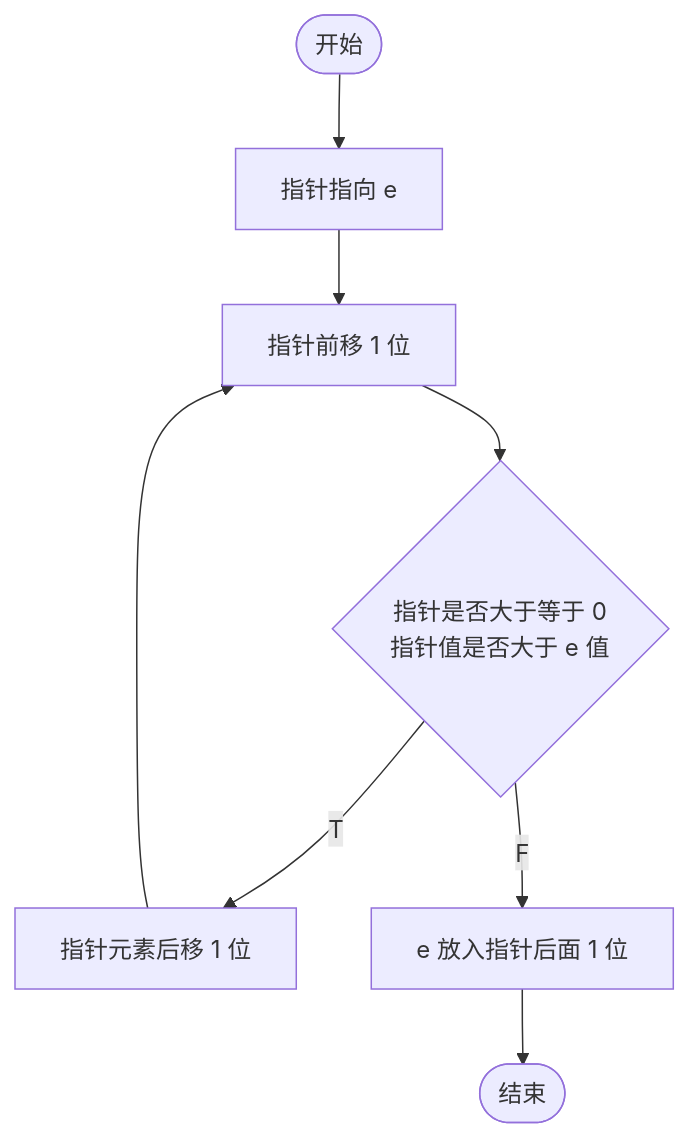
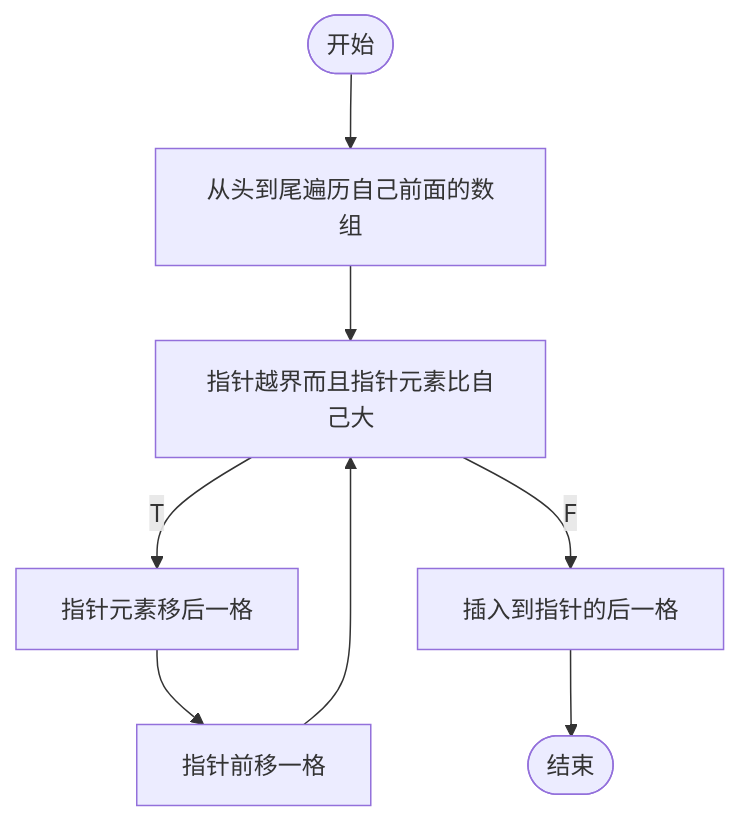
Before and after one commit to 2198764529/obsidian: the first of 3 diagrams in content/posts/理论知识/数据结构和算法.md, drawn with Mermaid. The commit also changed other lines of this file and 2 other files, not shown here.

````diff
--- a/content/posts/理论知识/数据结构和算法.md
+++ b/content/posts/理论知识/数据结构和算法.md
@@ -56,9 +56,8 @@
 ```mermaid 
 graph TB;
- n_start([开始])-->n1
- n1[指针指向 e] --> n2["指针前移 1 位"]
- n2-->n3{"指针是否大于等于 0 \n 指针值是否大于 e 值"}
- n3--T-->n4["指针元素后移 1 位"]-->n2
- n3--F-->n5["e 放入指针后面 1 位"]
+ n_start([开始])-->n1["从头到尾遍历自己前面的数组"]
+ n1 --> n2["指针越界而且指针元素比自己大"]
+ n2--T-->n3["指针元素移后一格"]-->n4["指针前移一格"]-->n2
+ n2--F-->n5["插入到指针的后一格"]
  n5-->n_end([结束])
 ```
````
